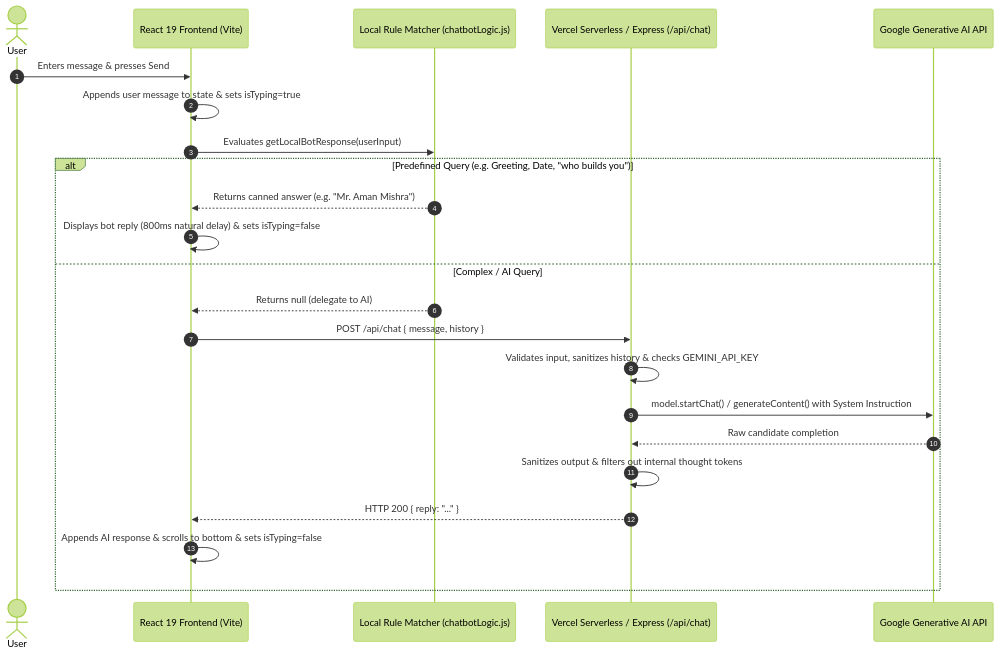
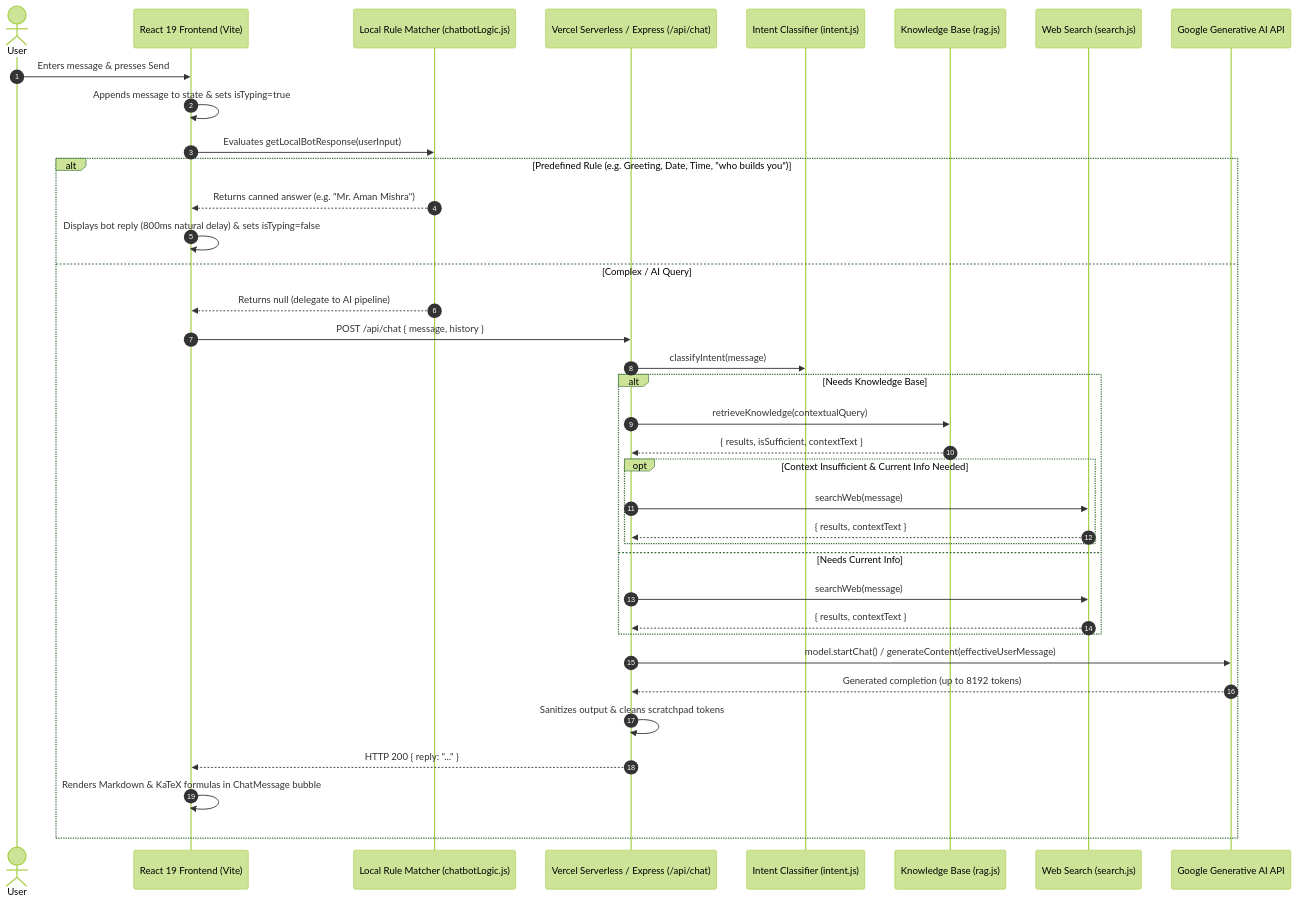
The diagram in README.md (calligraphyguruji/basic-chatbot), drawn with Mermaid (forest theme) before and after one commit. The commit also changed other lines of this file and 13 other files, not shown here.

Commit message:
feat(ai): integrate intent classifier, RAG retrieval, web search, and KaTeX math rendering

````diff
--- a/README.md
+++ b/README.md
@@ -68,27 +77,41 @@
 ```mermaid
 sequenceDiagram
     autonumber
     actor User
     participant UI as React 19 Frontend (Vite)
     participant Logic as Local Rule Matcher (chatbotLogic.js)
     participant API as Vercel Serverless / Express (/api/chat)
+    participant Intent as Intent Classifier (intent.js)
+    participant RAG as Knowledge Base (rag.js)
+    participant Search as Web Search (search.js)
     participant Gemini as Google Generative AI API
 
     User->>UI: Enters message & presses Send
-    UI->>UI: Appends user message to state & sets isTyping=true
+    UI->>UI: Appends message to state & sets isTyping=true
     UI->>Logic: Evaluates getLocalBotResponse(userInput)
-    
-    alt Predefined Query (e.g. Greeting, Date, "who builds you")
+
+    alt Predefined Rule (e.g. Greeting, Date, Time, "who builds you")
         Logic-->>UI: Returns canned answer (e.g. "Mr. Aman Mishra")
         UI->>UI: Displays bot reply (800ms natural delay) & sets isTyping=false
     else Complex / AI Query
-        Logic-->>UI: Returns null (delegate to AI)
+        Logic-->>UI: Returns null (delegate to AI pipeline)
         UI->>API: POST /api/chat { message, history }
-        API->>API: Validates input, sanitizes history & checks GEMINI_API_KEY
-        API->>Gemini: model.startChat() / generateContent() with System Instruction
-        Gemini-->>API: Raw candidate completion
-        API->>API: Sanitizes output & filters out internal thought tokens
+        API->>Intent: classifyIntent(message)
+        alt Needs Knowledge Base
+            API->>RAG: retrieveKnowledge(contextualQuery)
+            RAG-->>API: { results, isSufficient, contextText }
+            opt Context Insufficient & Current Info Needed
+                API->>Search: searchWeb(message)
+                Search-->>API: { results, contextText }
+            end
+        else Needs Current Info
+            API->>Search: searchWeb(message)
+            Search-->>API: { results, contextText }
+        end
+        API->>Gemini: model.startChat() / generateContent(effectiveUserMessage)
+        Gemini-->>API: Generated completion (up to 8192 tokens)
+        API->>API: Sanitizes output & cleans scratchpad tokens
         API-->>UI: HTTP 200 { reply: "..." }
-        UI->>UI: Appends AI response & scrolls to bottom & sets isTyping=false
+        UI->>UI: Renders Markdown & KaTeX formulas in ChatMessage bubble
     end
 ```
````
